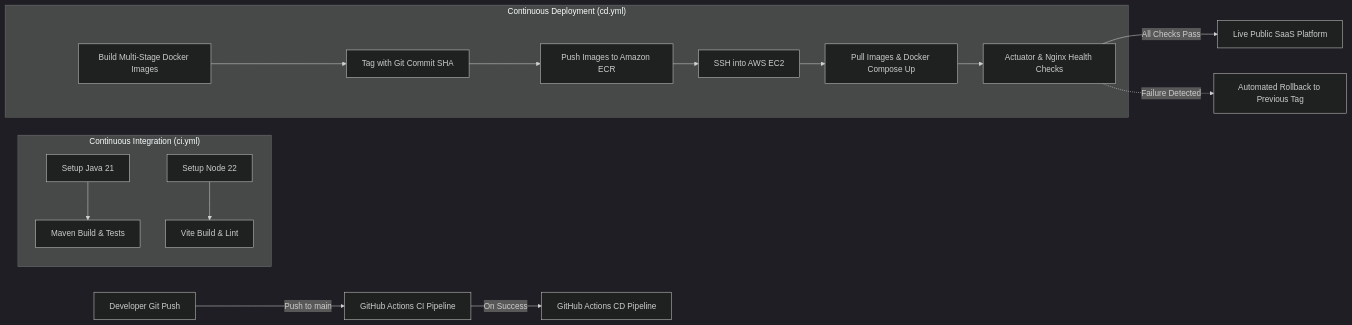
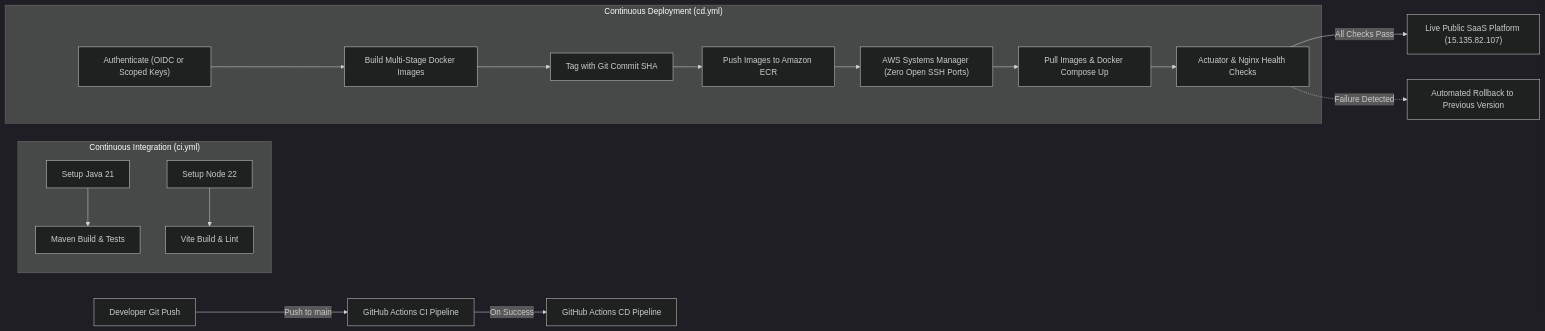
The third of 3 diagrams in README.md (sunilganganagunta/pharmacy-management-platform), drawn with Mermaid (dark theme) before and after one commit. The commit also changed 4 other files, not shown here.

Commit message:
feat(ci-cd): add OIDC role-to-assume support, preserve production env secrets in SSM deploy, and update deployment architecture docs

````diff
--- a/README.md
+++ b/README.md
@@ -311,25 +311,26 @@
 ```mermaid
 flowchart LR
     Dev["Developer Git Push"] -->|"Push to main"| CI["GitHub Actions CI Pipeline"]
     
     subgraph CI Pipeline ["Continuous Integration (ci.yml)"]
         Java["Setup Java 21"] --> Build["Maven Build & Tests"]
         Node["Setup Node 22"] --> Vite["Vite Build & Lint"]
     end
     
     CI -->|"On Success"| CD["GitHub Actions CD Pipeline"]
     
     subgraph CD Pipeline ["Continuous Deployment (cd.yml)"]
+        Auth["Authenticate (OIDC or Scoped Keys)"]
         DockerBuild["Build Multi-Stage Docker Images"]
         Tag["Tag with Git Commit SHA"]
         PushECR["Push Images to Amazon ECR"]
-        SSH["SSH into AWS EC2"]
+        SSM["AWS Systems Manager (Zero Open SSH Ports)"]
         Pull["Pull Images & Docker Compose Up"]
         Health["Actuator & Nginx Health Checks"]
         
-        DockerBuild --> Tag --> PushECR --> SSH --> Pull --> Health
+        Auth --> DockerBuild --> Tag --> PushECR --> SSM --> Pull --> Health
     end
 
-    Health -->|"All Checks Pass"| Live["Live Public SaaS Platform"]
-    Health -.->|"Failure Detected"| Rollback["Automated Rollback to Previous Tag"]
+    Health -->|"All Checks Pass"| Live["Live Public SaaS Platform (15.135.82.107)"]
+    Health -.->|"Failure Detected"| Rollback["Automated Rollback to Previous Version"]
 ```
````
